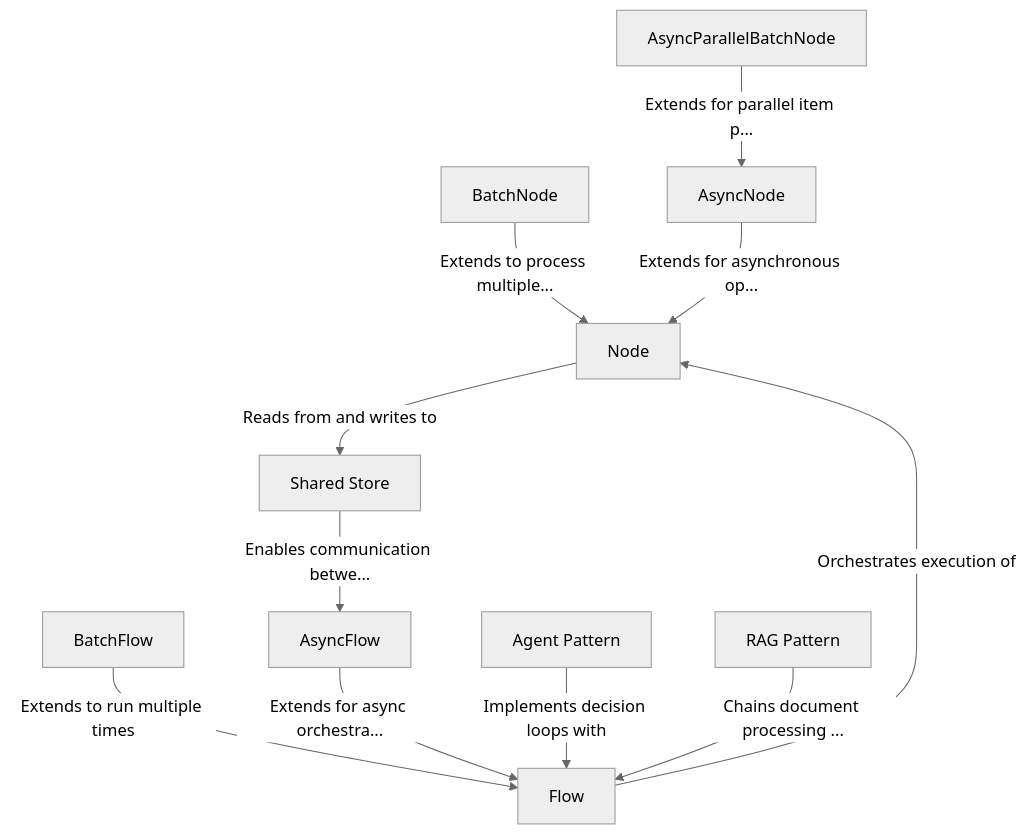
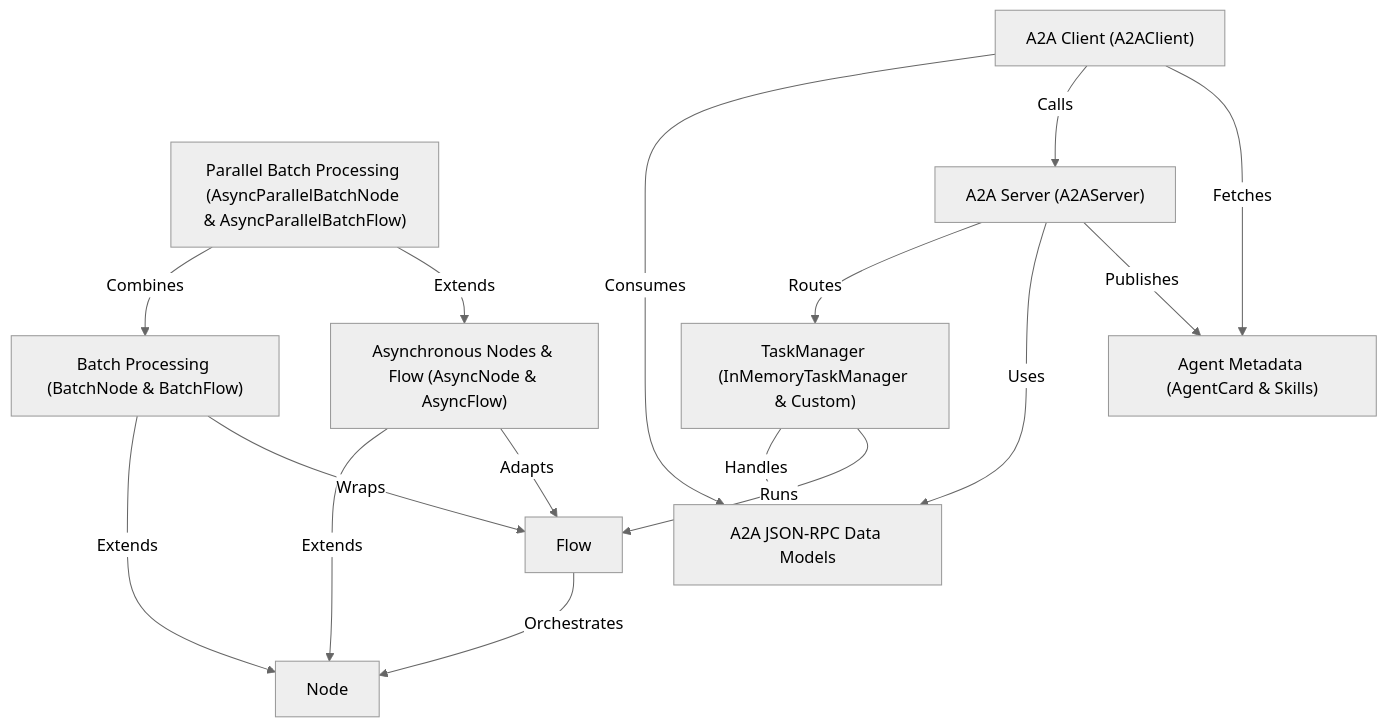
Before and after one commit to vegeta03/Codebase-Tutorials-using-PocketFlow: the diagram in PocketFlow/index.md, drawn with Mermaid (neutral theme). The commit also changed other lines of this file and 86 other files, not shown here.

````diff
--- a/PocketFlow/index.md
+++ b/PocketFlow/index.md
@@ -8,33 +9,28 @@
 ```mermaid
 flowchart TD
-    A0["Node
-"]
-    A1["Flow
-"]
-    A2["Shared Store
-"]
-    A3["BatchNode
-"]
-    A4["BatchFlow
-"]
-    A5["AsyncNode
-"]
-    A6["AsyncFlow
-"]
-    A7["AsyncParallelBatchNode
-"]
-    A8["Agent Pattern
-"]
-    A9["RAG Pattern
-"]
-    A1 -- "Orchestrates execution of" --> A0
-    A0 -- "Reads from and writes to" --> A2
-    A3 -- "Extends to process multiple..." --> A0
-    A4 -- "Extends to run multiple times" --> A1
-    A5 -- "Extends for asynchronous op..." --> A0
-    A6 -- "Extends for async orchestra..." --> A1
-    A7 -- "Extends for parallel item p..." --> A5
-    A8 -- "Implements decision loops with" --> A1
-    A9 -- "Chains document processing ..." --> A1
-    A2 -- "Enables communication betwe..." --> A6
+    A0["Node"]
+    A1["Flow"]
+    A2["Batch Processing (BatchNode & BatchFlow)"]
+    A3["Asynchronous Nodes & Flow (AsyncNode & AsyncFlow)"]
+    A4["Parallel Batch Processing (AsyncParallelBatchNode & AsyncParallelBatchFlow)"]
+    A5["A2A JSON-RPC Data Models"]
+    A6["A2A Server (A2AServer)"]
+    A7["TaskManager (InMemoryTaskManager & Custom)"]
+    A8["A2A Client (A2AClient)"]
+    A9["Agent Metadata (AgentCard & Skills)"]
+    A1 -- "Orchestrates" --> A0
+    A2 -- "Extends" --> A0
+    A2 -- "Wraps" --> A1
+    A3 -- "Extends" --> A0
+    A3 -- "Adapts" --> A1
+    A4 -- "Combines" --> A2
+    A4 -- "Extends" --> A3
+    A6 -- "Routes" --> A7
+    A6 -- "Uses" --> A5
+    A7 -- "Handles" --> A5
+    A8 -- "Consumes" --> A5
+    A8 -- "Calls" --> A6
+    A6 -- "Publishes" --> A9
+    A8 -- "Fetches" --> A9
+    A7 -- "Runs" --> A1
 ```
````
